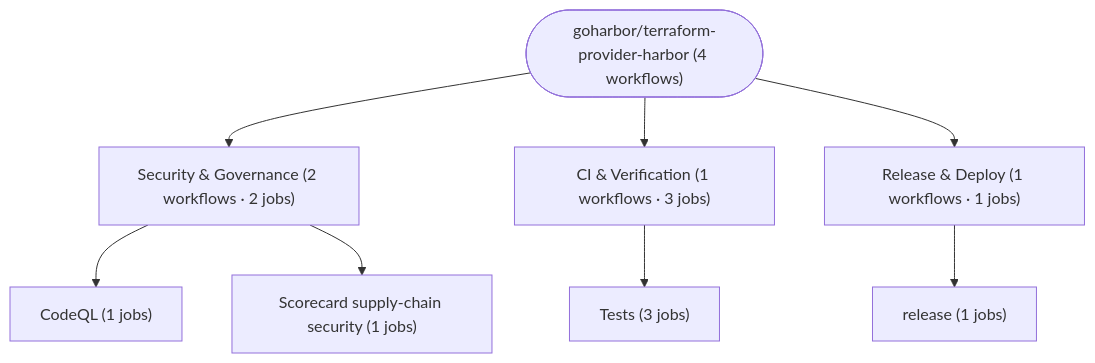
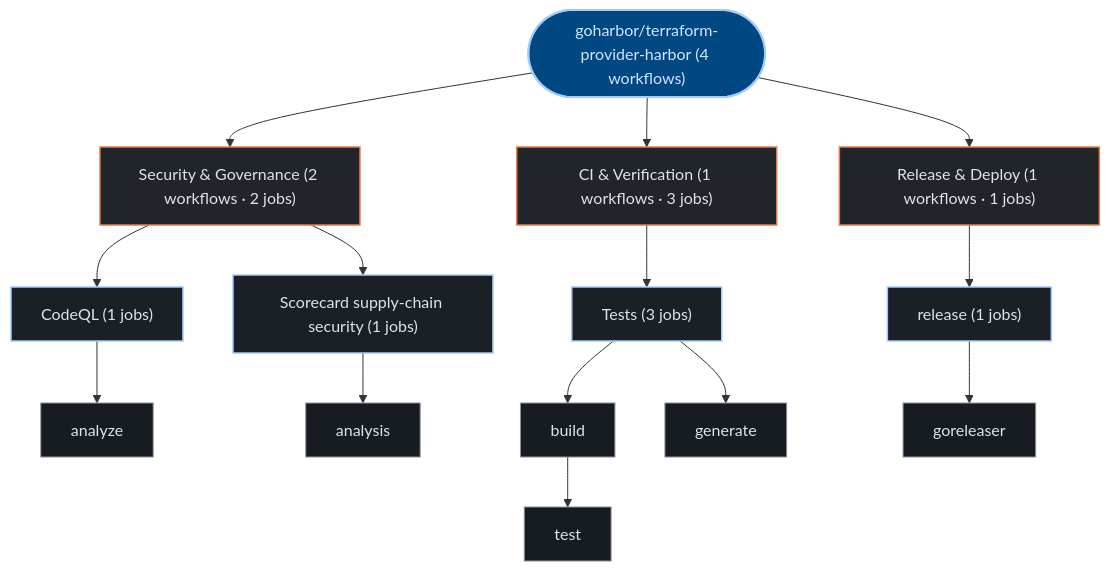
One commit to kumarshaz/atruss-code-atlas changed the third of 3 diagrams in exports/latest/reports/goharbor-terraform-provider-harbor-report.md. Above: the diagram before and after it, drawn with Mermaid. The commit also changed other lines of this file and 331 other files, not shown here.

Commit message:
docs,ui,fix: update SDLC docs, reorder CI/CD DAG first, stylize Mermaid, and fix Arc42 pipeline topology

````diff
--- a/exports/latest/reports/goharbor-terraform-provider-harbor-report.md
+++ b/exports/latest/reports/goharbor-terraform-provider-harbor-report.md
@@ -218,18 +229,37 @@
 ```mermaid
 graph TD;
-  pipeline_root(["goharbor/terraform-provider-harbor (4 workflows)"])
-  grp_0_Security___Governance["Security & Governance (2 workflows · 2 jobs)"]
+  classDef atlasRoot fill:#004882,stroke:#a3c9ff,stroke-width:2px,color:#d3e4ff
+  classDef atlasCategory fill:#212428,stroke:#E87A48,stroke-width:1.5px,color:#dfe3eb
+  classDef atlasWorkflow fill:#1b2026,stroke:#a3c9ff,stroke-width:1.5px,color:#dfe3eb
+  classDef atlasJob fill:#171c22,stroke:#8d9199,stroke-width:1px,color:#dfe3eb
+  classDef atlasTarget fill:#005227,stroke:#8bd99b,stroke-width:1.5px,color:#a7f6b6
+  classDef atlasAlert fill:#93000a,stroke:#ffb4ab,stroke-width:1.5px,color:#ffdad6
+  classDef atlasMore fill:#252a31,stroke:#8d9199,stroke-dasharray:4 4,color:#c3c6cf
+  pipeline_root(["goharbor/terraform-provider-harbor (4 workflows)"]):::atlasRoot
+  grp_0_Security___Governance["Security & Governance (2 workflows · 2 jobs)"]:::atlasCategory
   pipeline_root --> grp_0_Security___Governance
-  wf_0_CodeQL["CodeQL (1 jobs)"]
+  wf_0_CodeQL["CodeQL (1 jobs)"]:::atlasWorkflow
   grp_0_Security___Governance --> wf_0_CodeQL
-  wf_2_Scorecard_supply_chain_security["Scorecard supply-chain security (1 jobs)"]
+  job_0_analyze["analyze"]:::atlasJob
+  wf_0_CodeQL --> job_0_analyze
+  wf_2_Scorecard_supply_chain_security["Scorecard supply-chain security (1 jobs)"]:::atlasWorkflow
   grp_0_Security___Governance --> wf_2_Scorecard_supply_chain_security
-  grp_1_CI___Verification["CI & Verification (1 workflows · 3 jobs)"]
+  job_2_analysis["analysis"]:::atlasJob
+  wf_2_Scorecard_supply_chain_security --> job_2_analysis
+  grp_1_CI___Verification["CI & Verification (1 workflows · 3 jobs)"]:::atlasCategory
   pipeline_root --> grp_1_CI___Verification
-  wf_3_Tests["Tests (3 jobs)"]
+  wf_3_Tests["Tests (3 jobs)"]:::atlasWorkflow
   grp_1_CI___Verification --> wf_3_Tests
-  grp_2_Release___Deploy["Release & Deploy (1 workflows · 1 jobs)"]
+  job_3_build["build"]:::atlasJob
+  job_3_generate["generate"]:::atlasJob
+  job_3_test["test"]:::atlasJob
+  wf_3_Tests --> job_3_build
+  wf_3_Tests --> job_3_generate
+  job_3_build --> job_3_test
+  grp_2_Release___Deploy["Release & Deploy (1 workflows · 1 jobs)"]:::atlasCategory
   pipeline_root --> grp_2_Release___Deploy
-  wf_1_release["release (1 jobs)"]
+  wf_1_release["release (1 jobs)"]:::atlasWorkflow
   grp_2_Release___Deploy --> wf_1_release
+  job_1_goreleaser["goreleaser"]:::atlasJob
+  wf_1_release --> job_1_goreleaser
 ```
````
